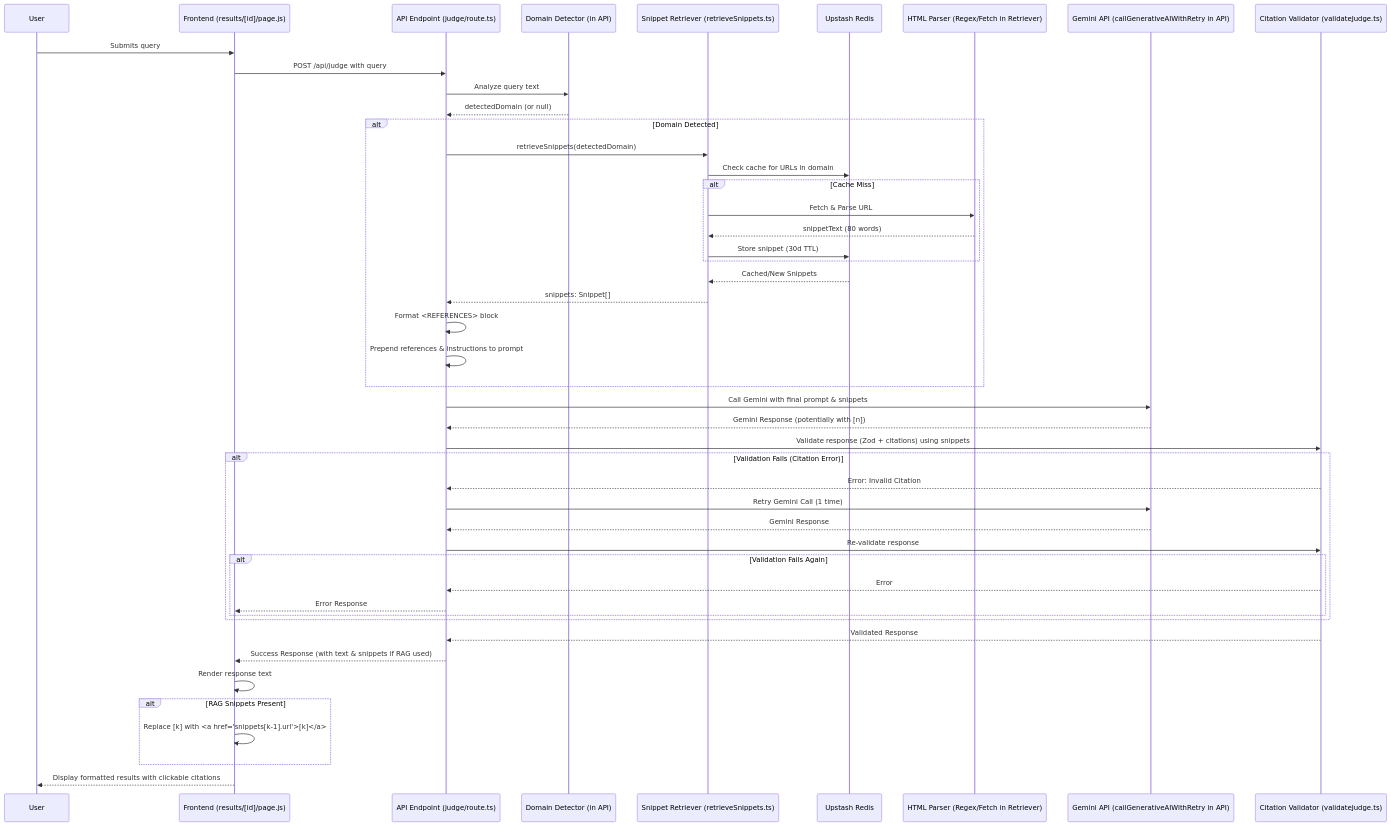
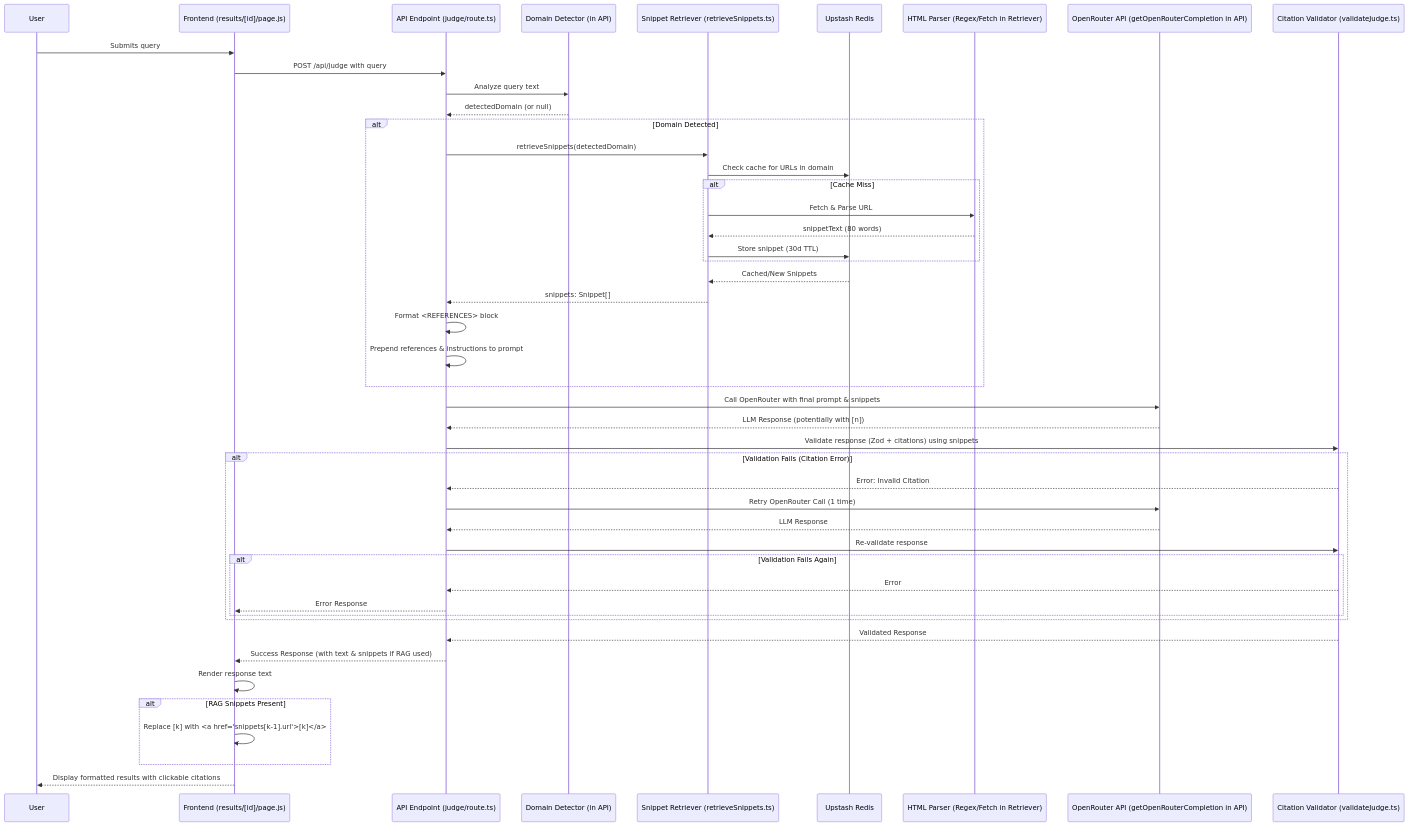
The diagram in RAG_IMPLEMENTATION_PLAN.md (ssgjosh/amibeingunreasonable-app), drawn with Mermaid before and after one commit. The commit also changed other lines of this file and 61 other files, not shown here.

````diff
--- a/RAG_IMPLEMENTATION_PLAN.md
+++ b/RAG_IMPLEMENTATION_PLAN.md
@@ -89,54 +89,54 @@
 ```mermaid
 sequenceDiagram
     participant User
     participant FE as Frontend (results/[id]/page.js)
     participant API as API Endpoint (judge/route.ts)
     participant Detector as Domain Detector (in API)
     participant Retriever as Snippet Retriever (retrieveSnippets.ts)
     participant Redis as Upstash Redis
     participant Parser as HTML Parser (Regex/Fetch in Retriever)
-    participant Gemini as Gemini API (callGenerativeAIWithRetry in API)
+    participant LLM as OpenRouter API (getOpenRouterCompletion in API)
     participant Validator as Citation Validator (validateJudge.ts)
 
     User->>FE: Submits query
     FE->>API: POST /api/judge with query
     API->>Detector: Analyze query text
     Detector-->>API: detectedDomain (or null)
 
     alt Domain Detected
         API->>Retriever: retrieveSnippets(detectedDomain)
         Retriever->>Redis: Check cache for URLs in domain
         alt Cache Miss
             Retriever->>Parser: Fetch & Parse URL
             Parser-->>Retriever: snippetText (80 words)
             Retriever->>Redis: Store snippet (30d TTL)
         end
         Redis-->>Retriever: Cached/New Snippets
         Retriever-->>API: snippets: Snippet[]
         API->>API: Format <REFERENCES> block
         API->>API: Prepend references & instructions to prompt
     end
 
-    API->>Gemini: Call Gemini with final prompt & snippets
-    Gemini-->>API: Gemini Response (potentially with [n])
+    API->>LLM: Call OpenRouter with final prompt & snippets
+    LLM-->>API: LLM Response (potentially with [n])
 
     API->>Validator: Validate response (Zod + citations) using snippets
     alt Validation Fails (Citation Error)
         Validator-->>API: Error: Invalid Citation
-        API->>Gemini: Retry Gemini Call (1 time)
-        Gemini-->>API: Gemini Response
+        API->>LLM: Retry OpenRouter Call (1 time)
+        LLM-->>API: LLM Response
         API->>Validator: Re-validate response
         alt Validation Fails Again
              Validator-->>API: Error
              API-->>FE: Error Response
         end
     end
     Validator-->>API: Validated Response
 
     API-->>FE: Success Response (with text & snippets if RAG used)
     FE->>FE: Render response text
     alt RAG Snippets Present
         FE->>FE: Replace [k] with <a href="snippets[k-1].url">[k]</a>
     end
     FE-->>User: Display formatted results with clickable citations
 ```
````
